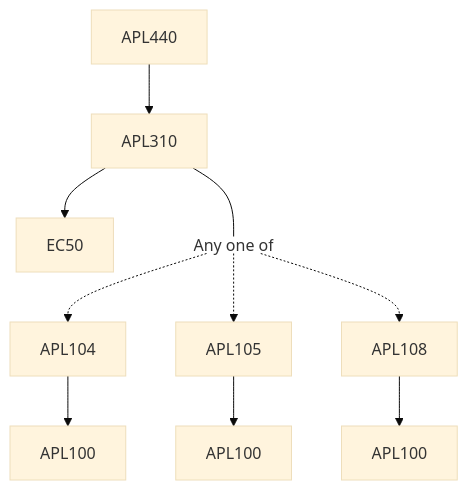
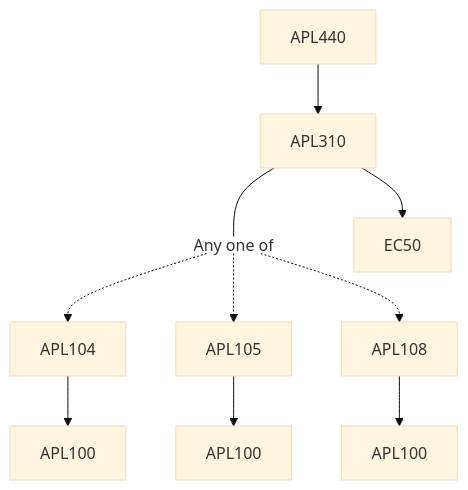
One commit to KeshavBansal0122/CoS_Website changed the diagram in content/Applied Mechanics/APL440.md. Above: the diagram before and after it, drawn with Mermaid (base theme). The commit also changed other lines of this file and 392 other files, not shown here.

````diff
--- a/content/Applied Mechanics/APL440.md
+++ b/content/Applied Mechanics/APL440.md
@@ -15,16 +15,16 @@
 ```mermaid
 flowchart TD
 APL440-49[APL440]
-APL310-49 --> EC50-49[EC50]
-APL440-49 --> APL310-49[APL310]
 APL310-49 --- Or50[Any one of]:::empty
+APL104-51 --> APL100-51[APL100]
 Or50 -.-> APL104-51[APL104]
-APL104-51 --> APL100-51[APL100]
 APL105-52 --> APL100-52[APL100]
 Or50 -.-> APL105-52[APL105]
 Or50 -.-> APL108-53[APL108]
 APL108-53 --> APL100-53[APL100]
+APL440-49 --> APL310-49[APL310]
+APL310-49 --> EC50-49[EC50]
 
 classDef empty height:17px, fill:transparent, stroke:transparent;
 classDef trueEmpty height:0px, width:0px;
 ```
````
